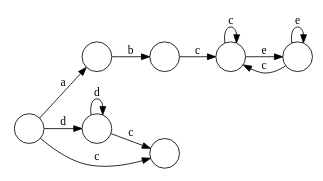
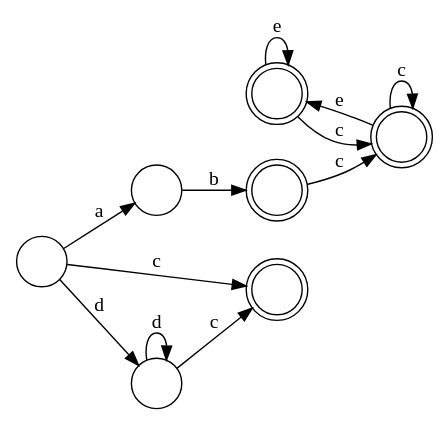
Before and after one commit to leegao/LuaInLua: the diagram in test.dot, drawn with Graphviz. The commit also changed 3 other files, not shown here.

```diff
--- a/test.dot
+++ b/test.dot
@@ -1,16 +1,17 @@
 digraph {
   rankdir=LR;
-  size="3"
+  size="8,5"
+  node[shape=doublecircle,label=""]; 7 6 3 5;
   node[shape=circle,label=""];
   4 -> 5[label="b"];
   1 -> 2[label="d"];
   1 -> 3[label="c"];
   1 -> 4[label="a"];
   5 -> 6[label="c"];
   2 -> 3[label="c"];
   2 -> 2[label="d"];
   6 -> 7[label="e"];
   6 -> 6[label="c"];
   7 -> 7[label="e"];
   7 -> 6[label="c"];
 }
```
